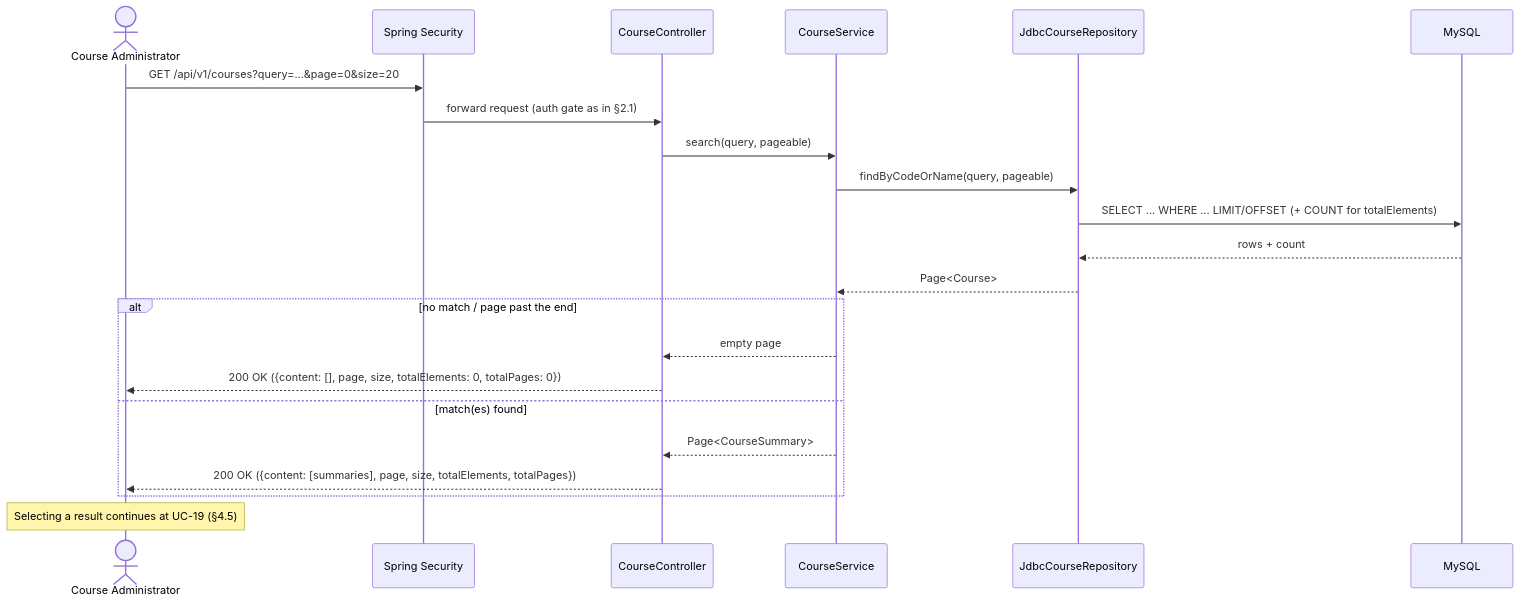
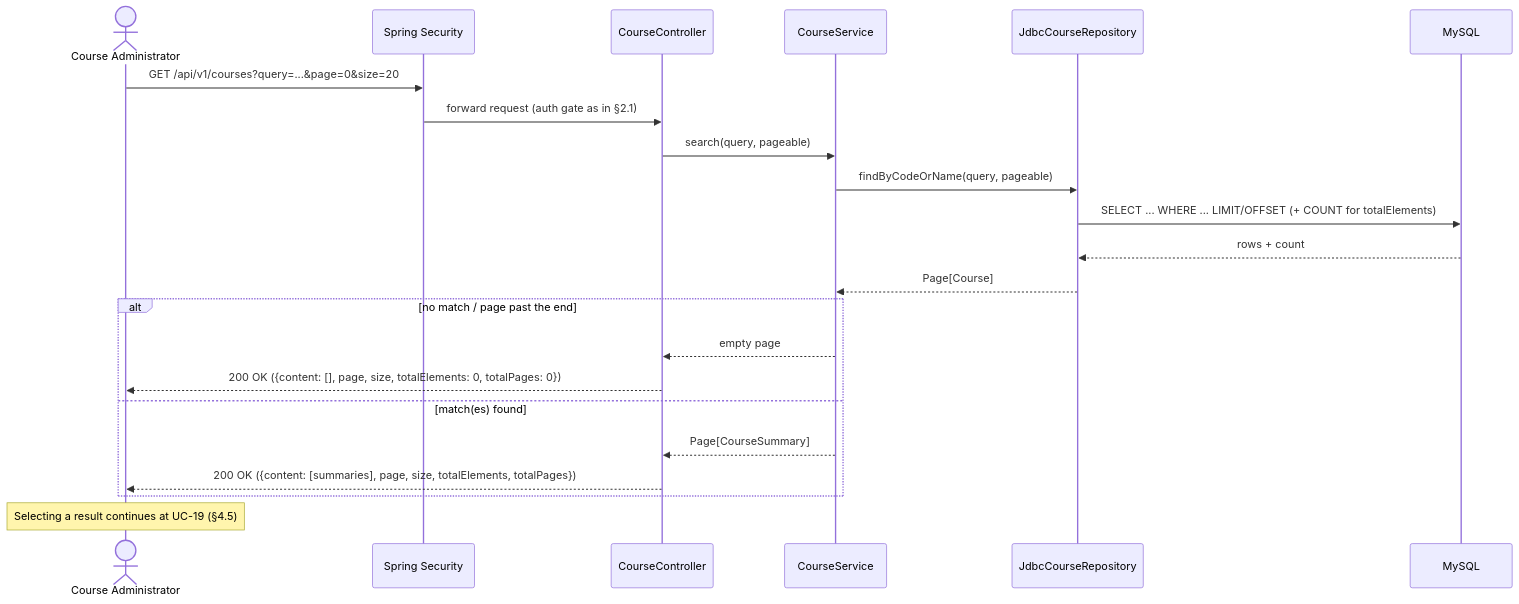
One commit to phuchoang2005/Student-Management-System changed diagram 15 of 24 in docs/SA-docs/03-sequence-diagrams.md. Above: the diagram before and after it, drawn with Mermaid. The commit also changed other lines of this file and 110 other files, not shown here.

````diff
--- a/docs/SA-docs/03-sequence-diagrams.md
+++ b/docs/SA-docs/03-sequence-diagrams.md
@@ -578,25 +578,25 @@
 ```mermaid
 sequenceDiagram
     actor CourseAdmin as Course Administrator
     participant Sec as Spring Security
     participant Ctrl as CourseController
     participant Svc as CourseService
     participant Repo as JdbcCourseRepository
     participant DB as MySQL
 
     CourseAdmin->>Sec: GET /api/v1/courses?query=...&page=0&size=20
     Sec->>Ctrl: forward request (auth gate as in §2.1)
     Ctrl->>Svc: search(query, pageable)
     Svc->>Repo: findByCodeOrName(query, pageable)
     Repo->>DB: SELECT ... WHERE ... LIMIT/OFFSET (+ COUNT for totalElements)
     DB-->>Repo: rows + count
-    Repo-->>Svc: Page<Course>
+    Repo-->>Svc: Page[Course]
     alt no match / page past the end
         Svc-->>Ctrl: empty page
         Ctrl-->>CourseAdmin: 200 OK ({content: [], page, size, totalElements: 0, totalPages: 0})
     else match(es) found
-        Svc-->>Ctrl: Page<CourseSummary>
+        Svc-->>Ctrl: Page[CourseSummary]
         Ctrl-->>CourseAdmin: 200 OK ({content: [summaries], page, size, totalElements, totalPages})
     end
     Note over CourseAdmin: Selecting a result continues at UC-19 (§4.5)
 ```
````
